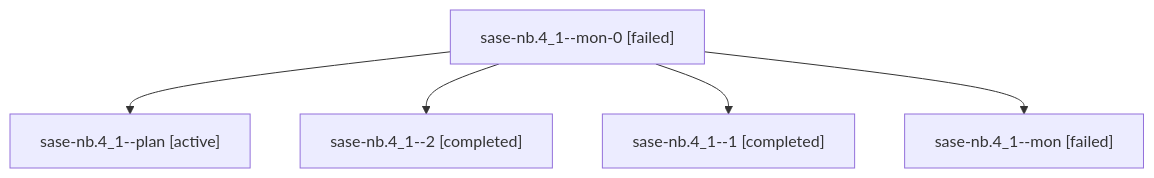
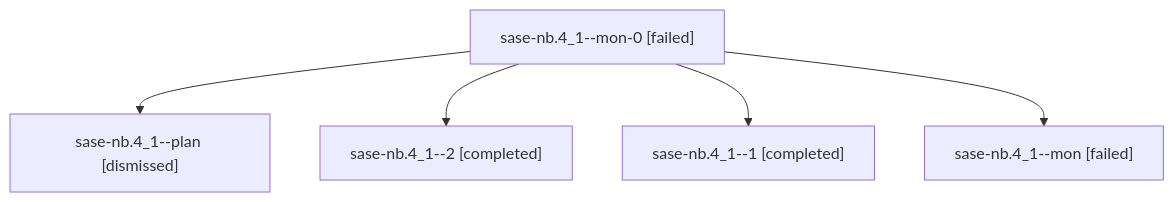
Before and after one commit to sase-org/sase--agents: the diagram in sessions/bbugyi200.athena.sase-nb.4_1.md, drawn with Mermaid. The commit also changed other lines of this file and 219 other files, not shown here.

````diff
--- a/sessions/bbugyi200.athena.sase-nb.4_1.md
+++ b/sessions/bbugyi200.athena.sase-nb.4_1.md
@@ -9,12 +9,12 @@
 ```mermaid
 flowchart TD
   n0["sase-nb.4_1--mon-0 [failed]"]
-  n1["sase-nb.4_1--plan [active]"]
+  n1["sase-nb.4_1--plan [dismissed]"]
   n0 --> n1
   n2["sase-nb.4_1--2 [completed]"]
   n0 --> n2
   n3["sase-nb.4_1--1 [completed]"]
   n0 --> n3
   n4["sase-nb.4_1--mon [failed]"]
   n0 --> n4
 ```
````
